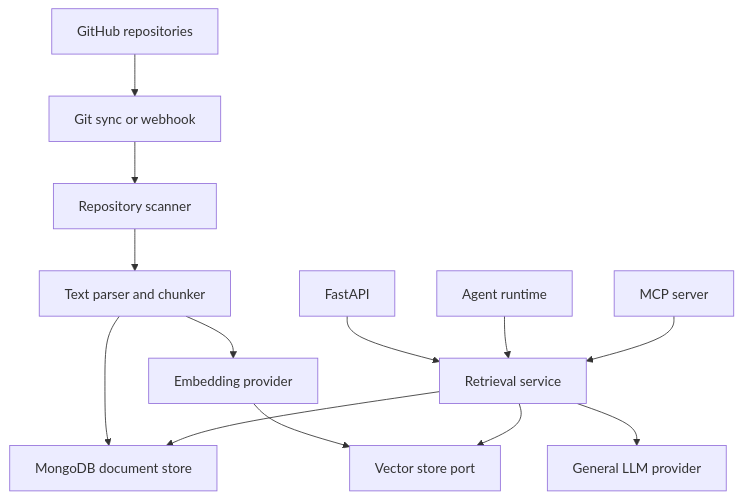
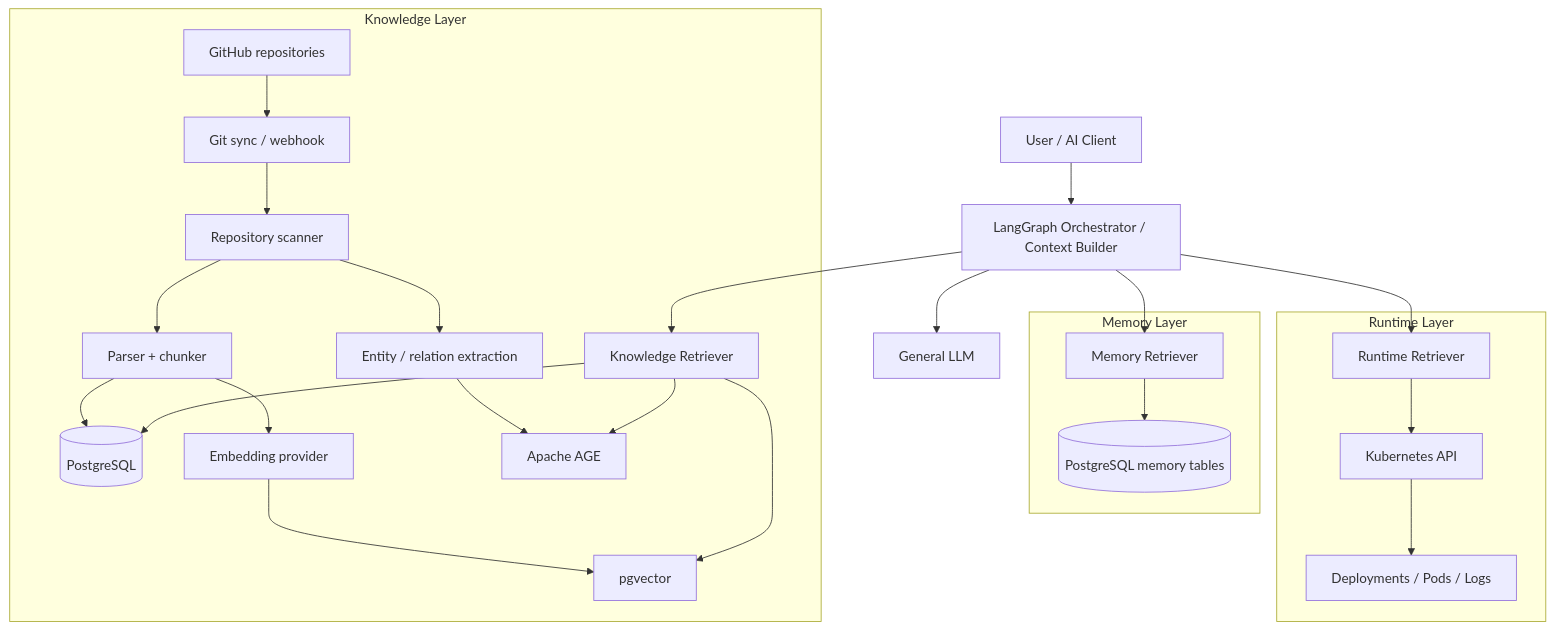
Before and after one commit to jim99224/AI-Knowledge-Base: the first of 3 diagrams in docs/implementation-plan.md, drawn with Mermaid. The commit also changed other lines of this file, not shown here.

Commit message:
docs: migrate implementation plan to PostgreSQL pgvector and AGE

````diff
--- a/docs/implementation-plan.md
+++ b/docs/implementation-plan.md
@@ -27,17 +31,32 @@
 ```mermaid
 flowchart TB
-    A[GitHub repositories] --> B[Git sync or webhook]
-    B --> C[Repository scanner]
-    C --> D[Text parser and chunker]
-    D --> E[MongoDB document store]
-    D --> F[Embedding provider]
-    F --> G[Vector store port]
+    U[User / AI Client] --> O[LangGraph Orchestrator / Context Builder]
+    O --> K[Knowledge Retriever]
+    O --> M[Memory Retriever]
+    O --> R[Runtime Retriever]
 
-    H[FastAPI] --> I[Retrieval service]
-    J[Agent runtime] --> I
-    K[MCP server] --> I
+    subgraph Knowledge Layer
+        GH[GitHub repositories] --> GS[Git sync / webhook]
+        GS --> SC[Repository scanner]
+        SC --> PC[Parser + chunker]
+        PC --> PG[(PostgreSQL)]
+        PC --> EM[Embedding provider]
+        EM --> PV[pgvector]
+        SC --> EX[Entity / relation extraction]
+        EX --> AGE[Apache AGE]
+        K --> PG
+        K --> PV
+        K --> AGE
+    end
 
-    I --> G
-    I --> E
-    I --> L[General LLM provider]
+    subgraph Memory Layer
+        M --> MS[(PostgreSQL memory tables)]
+    end
+
+    subgraph Runtime Layer
+        R --> K8S[Kubernetes API]
+        K8S --> RT[Deployments / Pods / Logs]
+    end
+
+    O --> LLM[General LLM]
 ```
````
